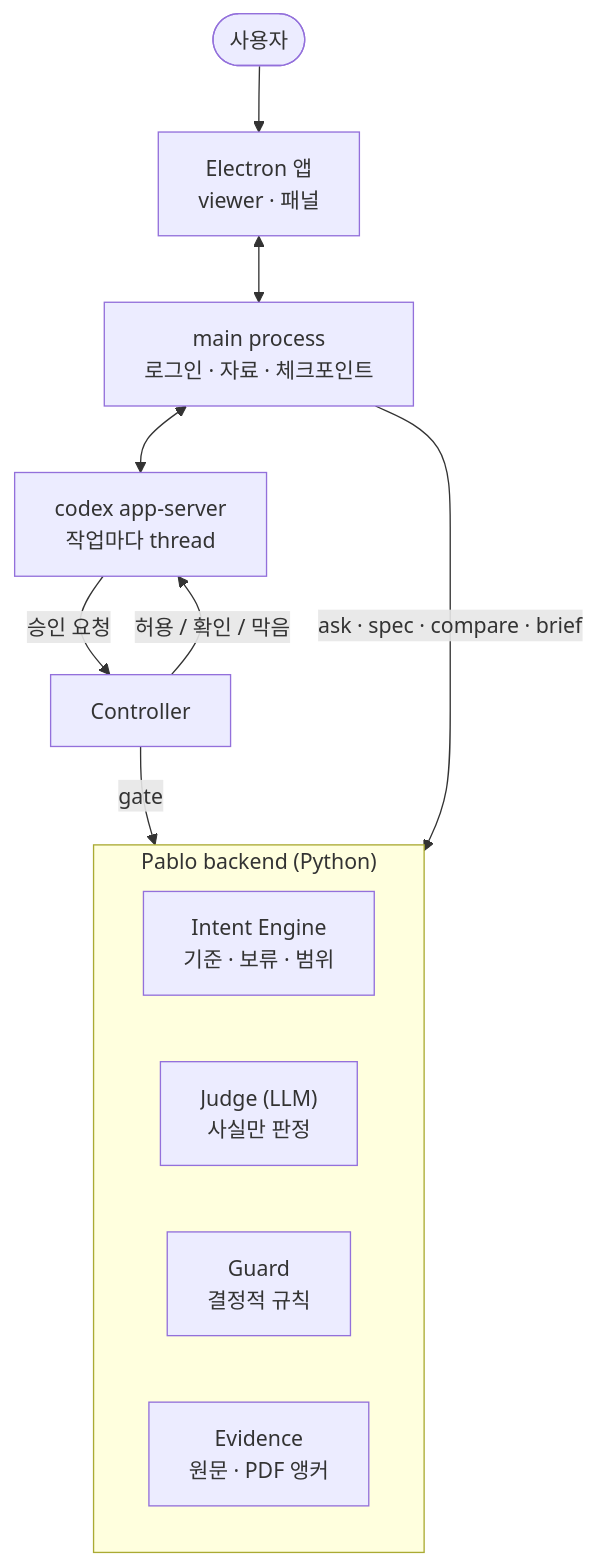
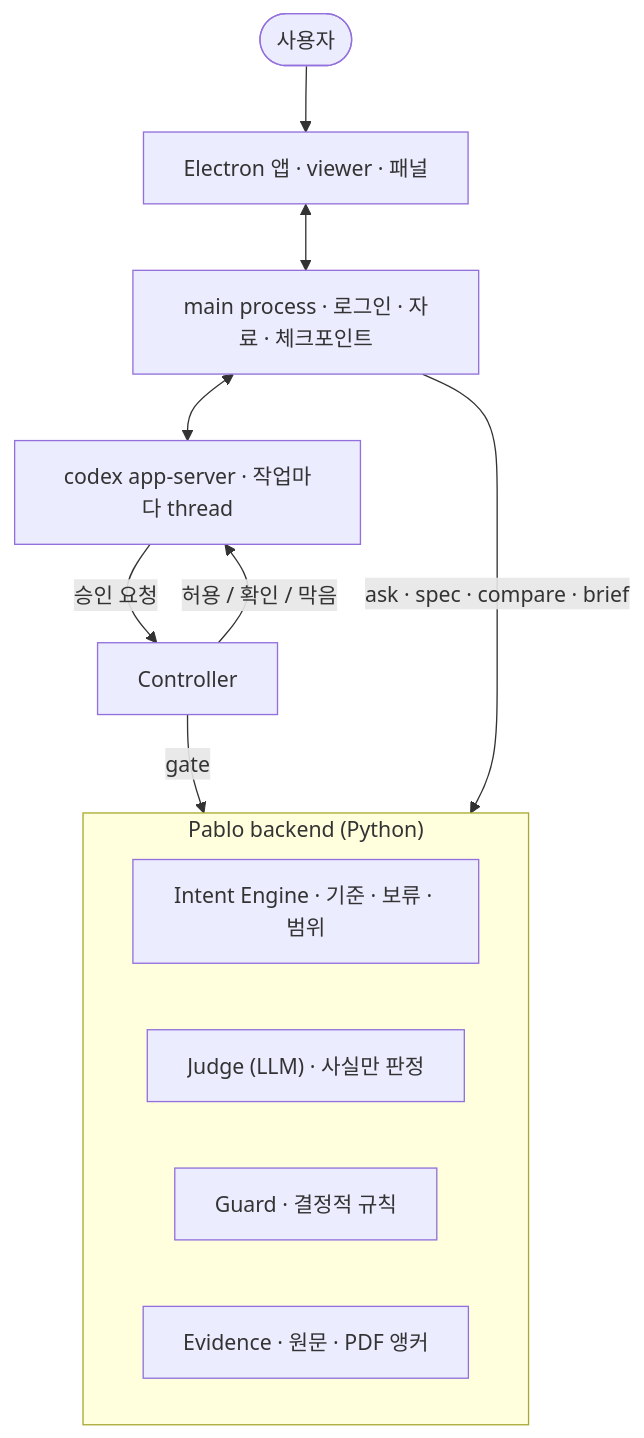
Before and after one commit to PabloITMST/Pablo_application: the diagram in README.md, drawn with Mermaid. The commit also changed other lines of this file, not shown here.

````diff
--- a/README.md
+++ b/README.md
@@ -125,16 +124,16 @@
 ```mermaid
 flowchart TD
-  user([사용자]) --> ui["Electron 앱<br/>viewer · 패널"]
-  ui <--> main["main process<br/>로그인 · 자료 · 체크포인트"]
-  main <--> agent["codex app-server<br/>작업마다 thread"]
+  user([사용자]) --> ui["Electron 앱 · viewer · 패널"]
+  ui <--> main["main process · 로그인 · 자료 · 체크포인트"]
+  main <--> agent["codex app-server · 작업마다 thread"]
   agent -- "승인 요청" --> ctrl["Controller"]
   ctrl -- "gate" --> backend
   subgraph backend["Pablo backend (Python)"]
-    intent["Intent Engine<br/>기준 · 보류 · 범위"]
-    judge["Judge (LLM)<br/>사실만 판정"]
-    guard["Guard<br/>결정적 규칙"]
-    evidence["Evidence<br/>원문 · PDF 앵커"]
+    intent["Intent Engine · 기준 · 보류 · 범위"]
+    judge["Judge (LLM) · 사실만 판정"]
+    guard["Guard · 결정적 규칙"]
+    evidence["Evidence · 원문 · PDF 앵커"]
   end
   ctrl -- "허용 / 확인 / 막음" --> agent
   main -- "ask · spec · compare · brief" --> backend
 ```
````
